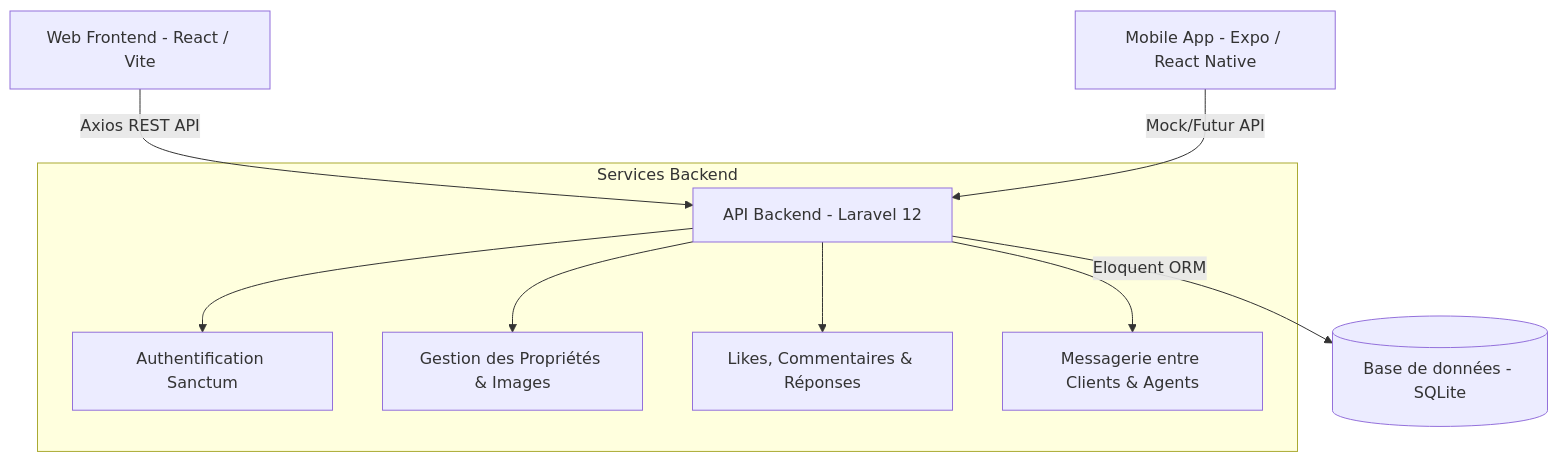
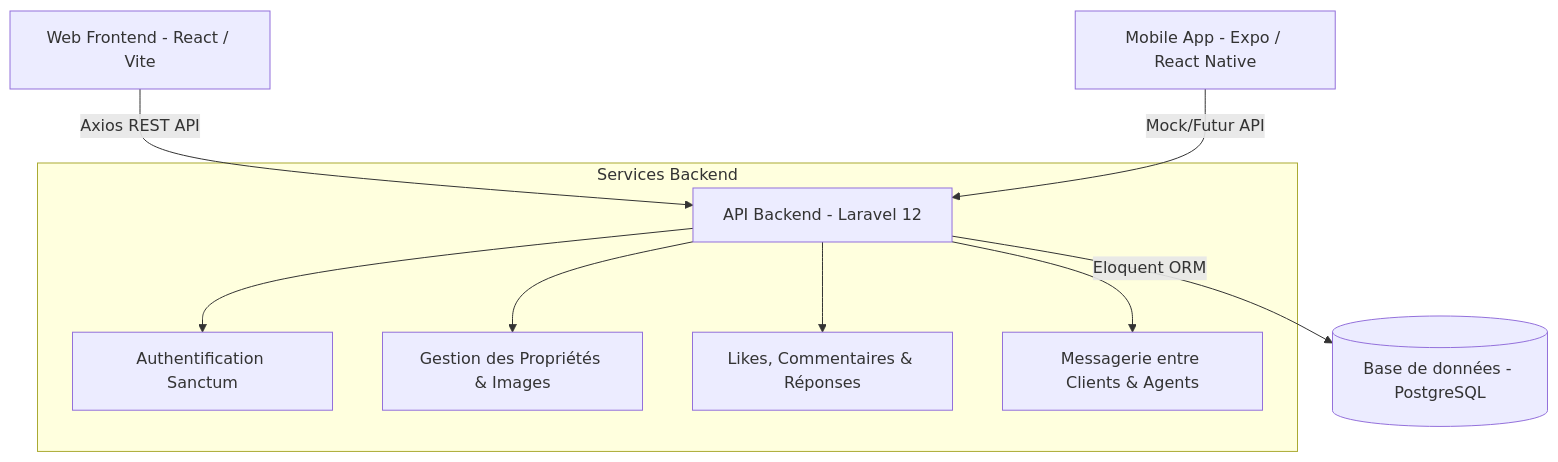
The diagram in README.md (nosleepman1/immo-Prestige), drawn with Mermaid before and after one commit.

Commit message:
update readme with switching from sqlite to postgre

````diff
--- a/README.md
+++ b/README.md
@@ -9,17 +9,17 @@
 ```mermaid
 graph TD
     %% Frontend / Clients
     Web[Web Frontend - React / Vite] -->|Axios REST API| API[API Backend - Laravel 12]
     Mobile[Mobile App - Expo / React Native] -->|Mock/Futur API| API
 
     %% Backend
-    API -->|Eloquent ORM| DB[(Base de données - SQLite)]
+    API -->|Eloquent ORM| DB[(Base de données - PostgreSQL)]
 
     %% Features within API
     subgraph Services Backend
         API --> Auths[Authentification Sanctum]
         API --> Props[Gestion des Propriétés & Images]
         API --> Social[Likes, Commentaires & Réponses]
         API --> Messaging[Messagerie entre Clients & Agents]
     end
 ```
````
